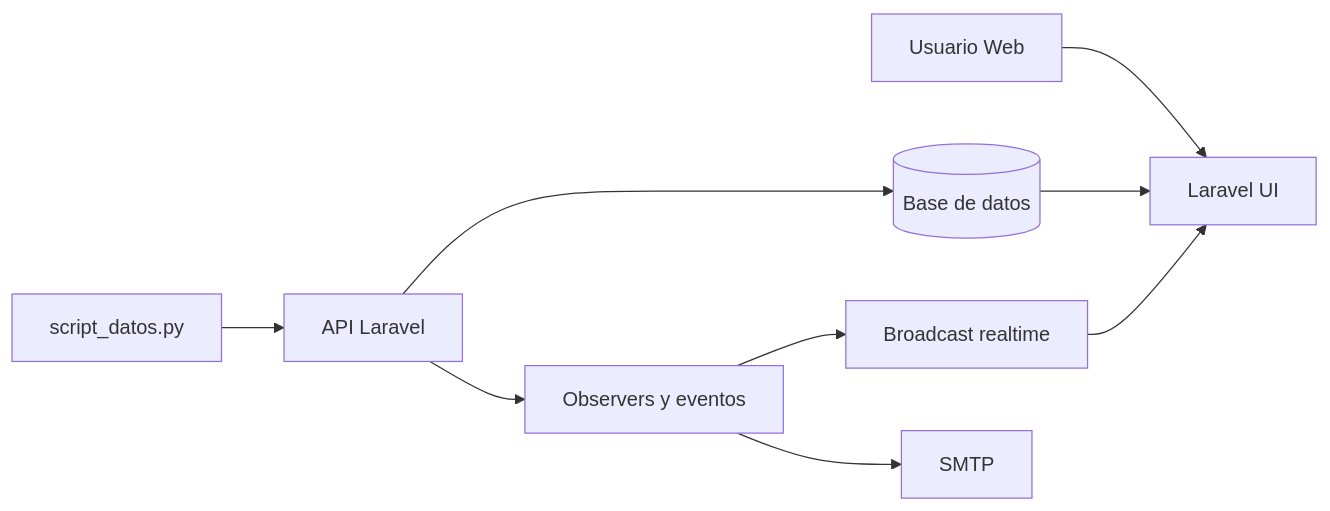
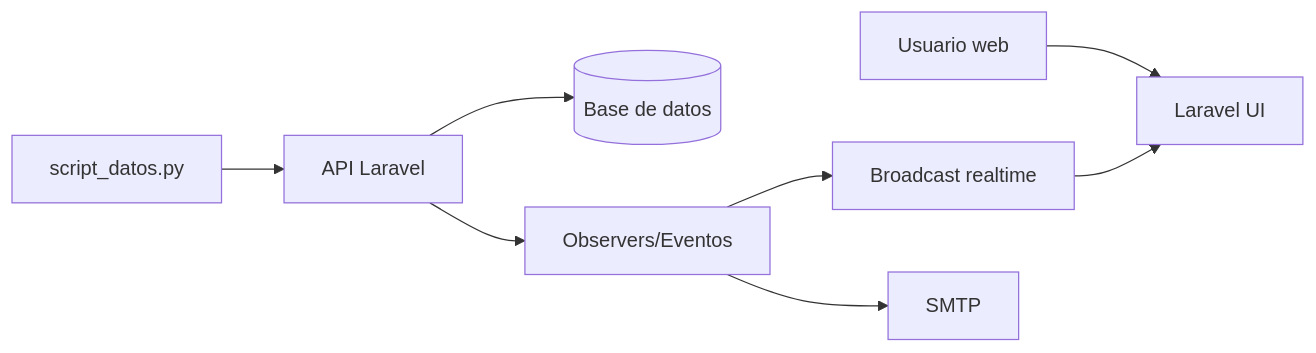
One commit to yojr23/iot-platform-v2 changed the diagram in DOCUMENTACION_PROYECTO.md. Above: the diagram before and after it, drawn with Mermaid. The commit also changed other lines of this file and 37 other files, not shown here.

````diff
--- a/DOCUMENTACION_PROYECTO.md
+++ b/DOCUMENTACION_PROYECTO.md
@@ -69,11 +108,10 @@
 ```mermaid
 flowchart LR
-    Web["Usuario Web"] --> UI["Laravel UI"]
+    Web["Usuario web"] --> UI["Laravel UI"]
     Sim["script_datos.py"] --> Api["API Laravel"]
-    Api --> Db[(Base de datos)]
-    Db --> UI
-    Api --> Obs["Observers y eventos"]
+    Api --> Db[("Base de datos")]
+    Api --> Obs["Observers/Eventos"]
     Obs --> Br["Broadcast realtime"]
+    Obs --> Mail["SMTP"]
     Br --> UI
-    Obs --> Mail["SMTP"]
 ```
````
